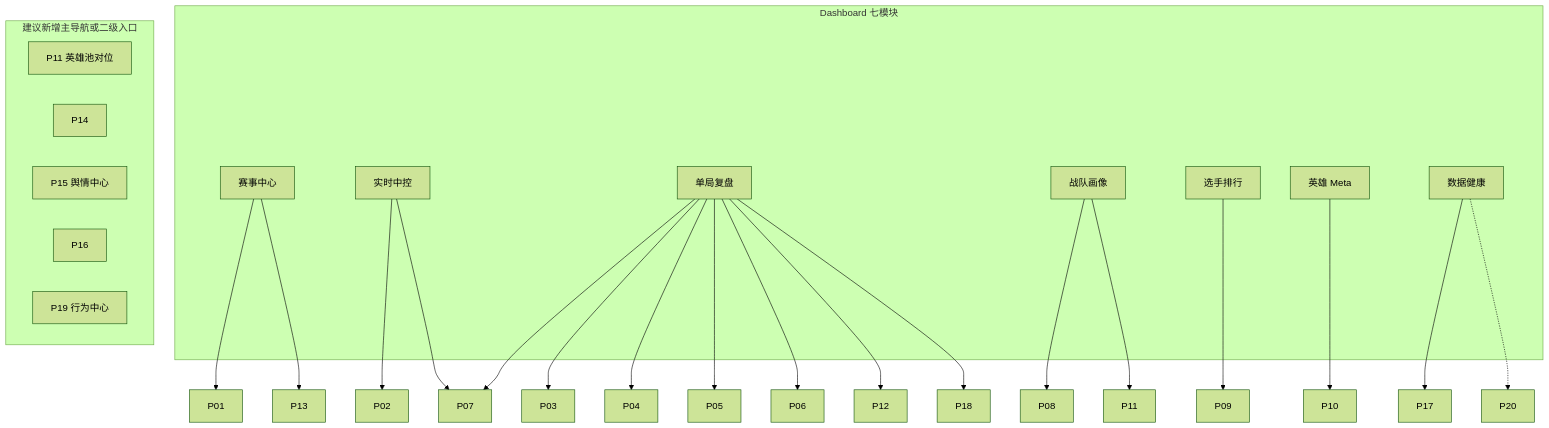
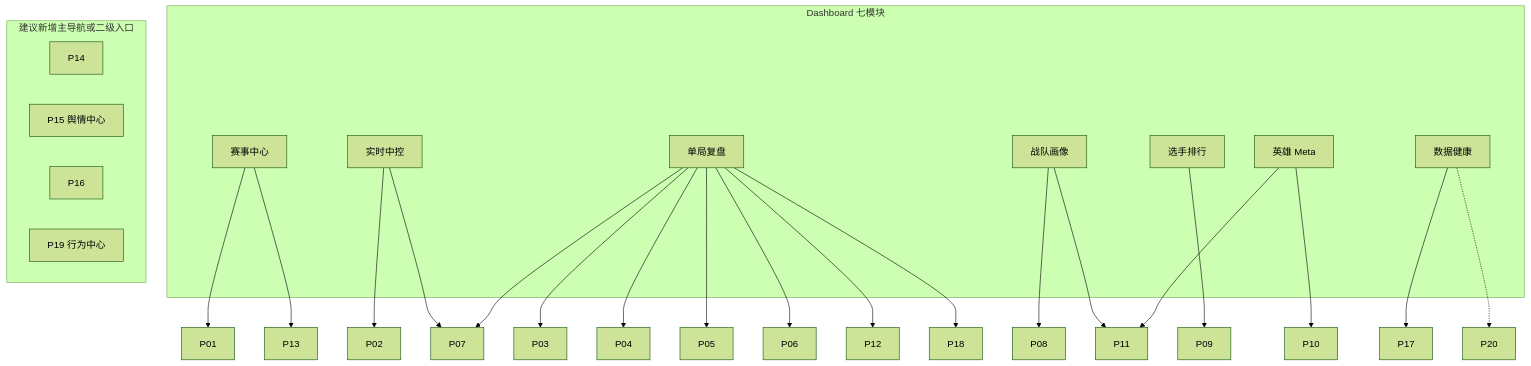
One commit to hccccc01333/KPLdata changed the diagram in docs/product/00-Dashboard映射.md. Above: the diagram before and after it, drawn with Mermaid (forest theme). The commit also changed other lines of this file and 6 other files, not shown here.

````diff
--- a/docs/product/00-Dashboard映射.md
+++ b/docs/product/00-Dashboard映射.md
@@ -50,38 +50,38 @@
 ```mermaid
 flowchart TB
   subgraph Dash [Dashboard 七模块]
     S[赛事中心]
     L[实时中控]
     R[单局复盘]
     T[战队画像]
     Pl[选手排行]
     H[英雄 Meta]
     Ops[数据健康]
   end
 
   S --> P01
   S --> P13
   L --> P02
   L --> P07
   R --> P03
   R --> P04
   R --> P05
   R --> P06
   R --> P07
   R --> P12
   R --> P18
   T --> P08
   T --> P11
   Pl --> P09
   H --> P10
+  H --> P11
   Ops --> P17
   Ops -.-> P20
 
   subgraph NewPages [建议新增主导航或二级入口]
-    P11N[P11 英雄池对位]
     P14
     P15N[P15 舆情中心]
     P16
     P19N[P19 行为中心]
   end
 ```
````
